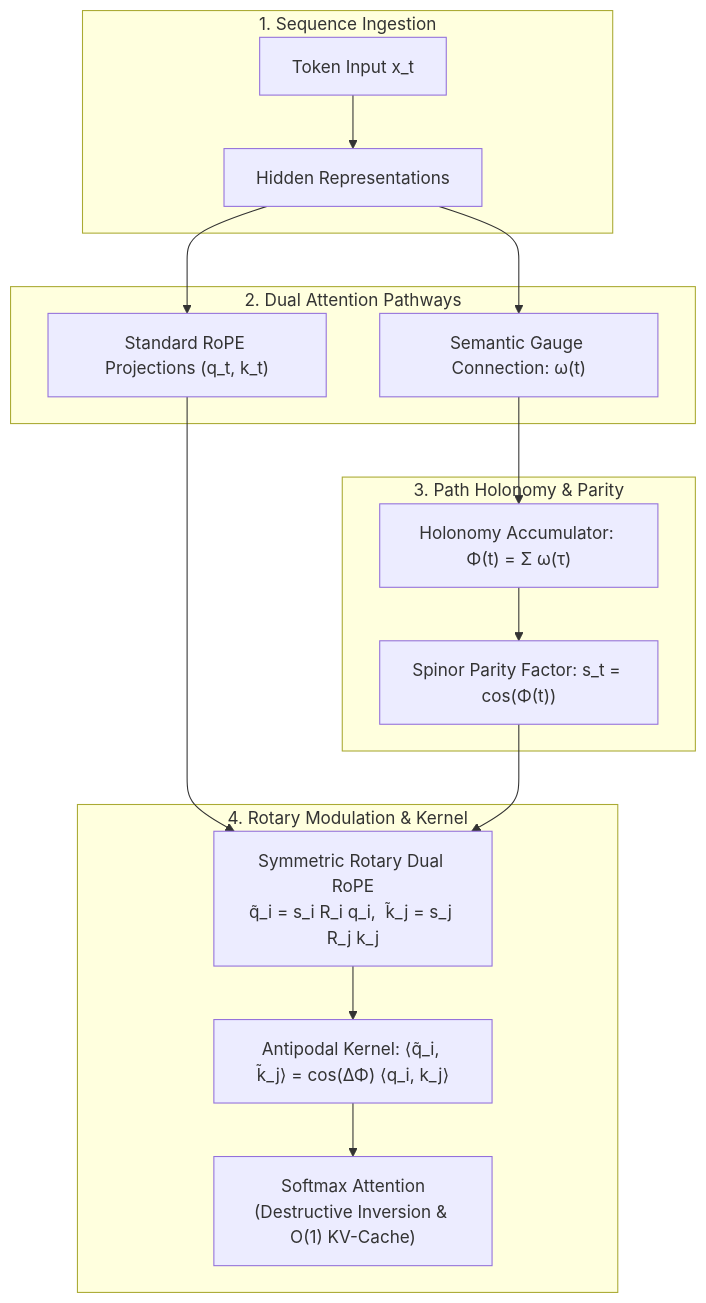
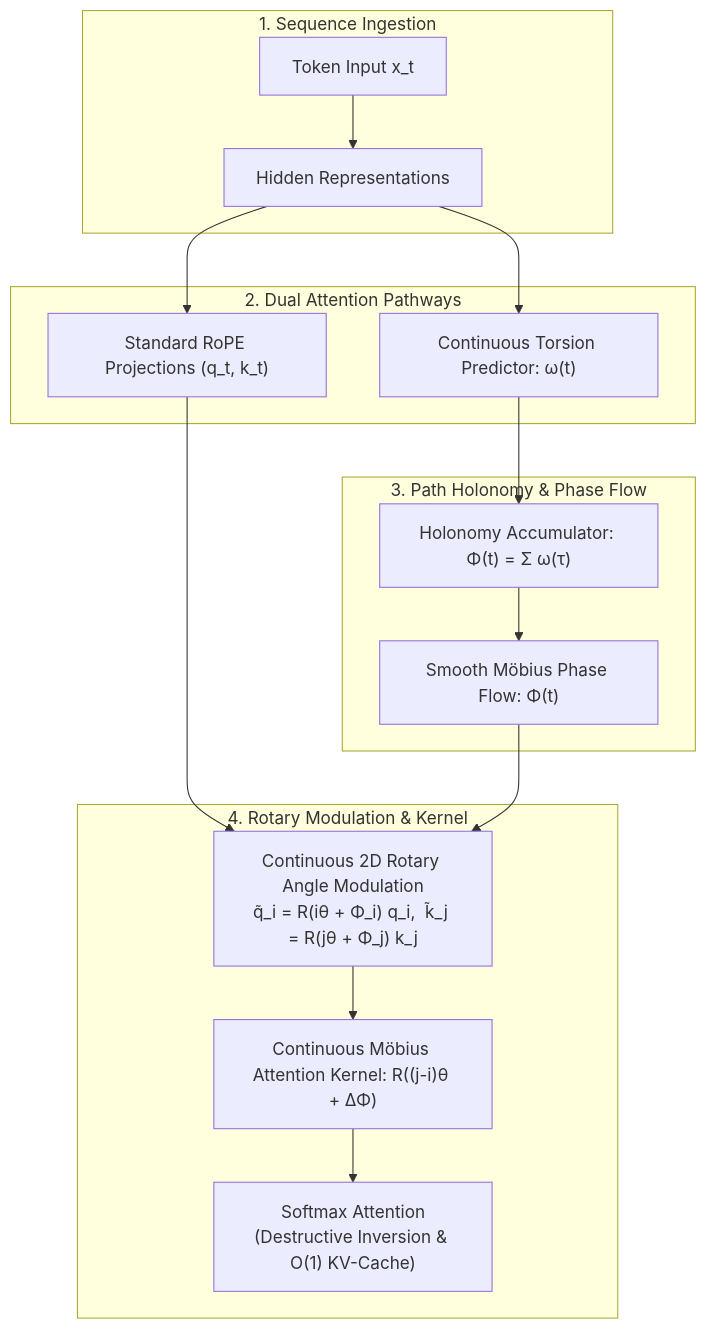
One commit to 3y3y3y-huaiji/mobius-attention changed the third of 3 diagrams in README.md. Above: the diagram before and after it, drawn with Mermaid. The commit also changed other lines of this file and 26 other files, not shown here.

First line of the commit message:
refactor: de-bloat and transition to continuous semantic torsion flow

````diff
--- a/README.md
+++ b/README.md
@@ -187,22 +188,22 @@
 ```mermaid
 flowchart TD
     subgraph Frontend["1. Sequence Ingestion"]
         X["Token Input x_t"] --> H["Hidden Representations"]
     end
 
     subgraph Projections["2. Dual Attention Pathways"]
         H --> QK["Standard RoPE Projections (q_t, k_t)"]
-        H --> SGC["Semantic Gauge Connection: ω(t)"]
+        H --> SGC["Continuous Torsion Predictor: ω(t)"]
     end
 
-    subgraph Holonomy["3. Path Holonomy & Parity"]
+    subgraph Holonomy["3. Path Holonomy & Phase Flow"]
         SGC --> HOL["Holonomy Accumulator: Φ(t) = Σ ω(τ)"]
-        HOL --> PAR["Spinor Parity Factor: s_t = cos(Φ(t))"]
+        HOL --> PAR["Smooth Möbius Phase Flow: Φ(t)"]
     end
 
     subgraph Modulation["4. Rotary Modulation & Kernel"]
-        QK & PAR --> DUAL["Symmetric Rotary Dual RoPE<br>q̃_i = s_i R_i q_i,  k̃_j = s_j R_j k_j"]
-        DUAL --> KERNEL["Antipodal Kernel: ⟨q̃_i, k̃_j⟩ = cos(ΔΦ) ⟨q_i, k_j⟩"]
+        QK & PAR --> DUAL["Continuous 2D Rotary Angle Modulation<br>q̃_i = R(iθ + Φ_i) q_i,  k̃_j = R(jθ + Φ_j) k_j"]
+        DUAL --> KERNEL["Continuous Möbius Attention Kernel: R((j-i)θ + ΔΦ)"]
         KERNEL --> SM["Softmax Attention<br>(Destructive Inversion & O(1) KV-Cache)"]
     end
 ```
````
